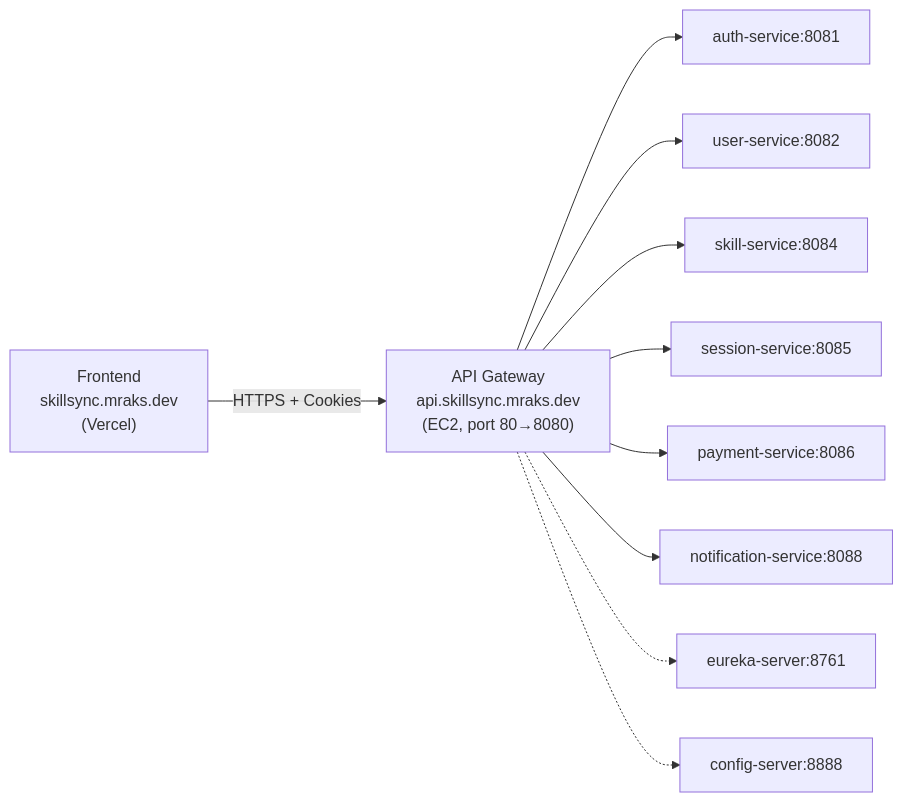
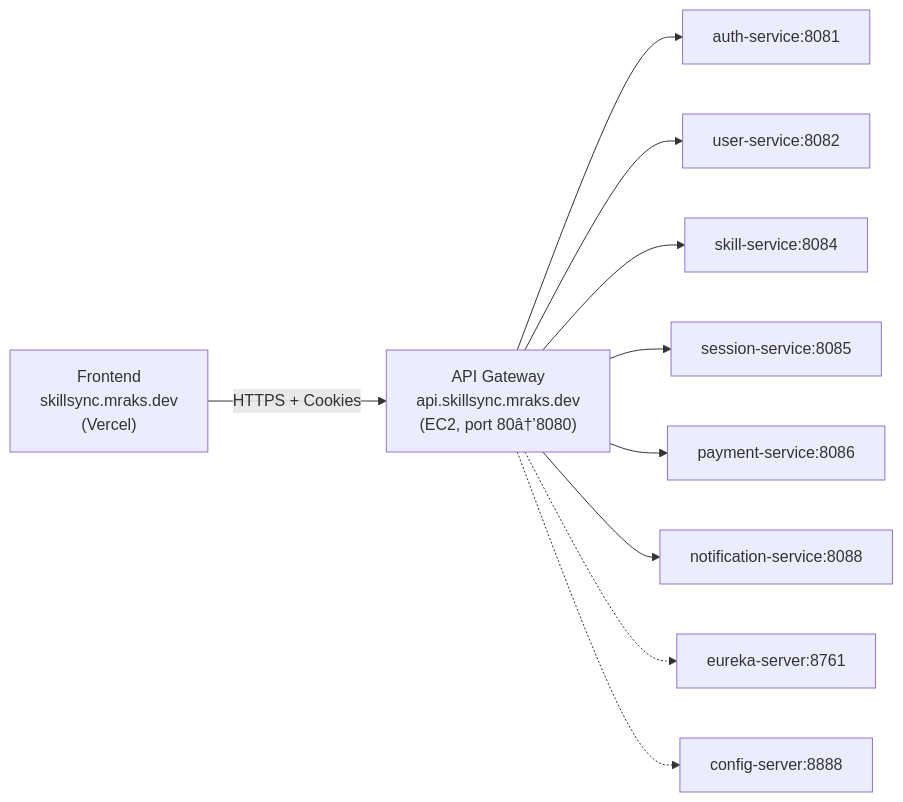
The diagram in docs/10_Production_Readiness_and_Incident_Reports.md (Anjan-Kumar-Sahoo/SkillSync), drawn with Mermaid before and after one commit. The commit also changed other lines of this file and 32 other files, not shown here.

First line of the commit message:
docs: overhaul frontend architecture master document for presentation

````diff
--- a/docs/10_Production_Readiness_and_Incident_Reports.md
+++ b/docs/10_Production_Readiness_and_Incident_Reports.md
@@ -351,12 +357,12 @@
 ```mermaid
 graph LR
-  FE["Frontend<br>skillsync.mraks.dev<br>(Vercel)"] -->|HTTPS + Cookies| GW["API Gateway<br>api.skillsync.mraks.dev<br>(EC2, port 80→8080)"]
+  FE["Frontend<br>skillsync.mraks.dev<br>(Vercel)"] -->|HTTPS + Cookies| GW["API Gateway<br>api.skillsync.mraks.dev<br>(EC2, port 80â†’8080)"]
   GW --> AUTH[auth-service:8081]
   GW --> USER[user-service:8082]
   GW --> SKILL[skill-service:8084]
   GW --> SESSION[session-service:8085]
   GW --> PAYMENT[payment-service:8086]
   GW --> NOTIF[notification-service:8088]
   GW -.-> EUREKA[eureka-server:8761]
   GW -.-> CONFIG[config-server:8888]
 ```
````
